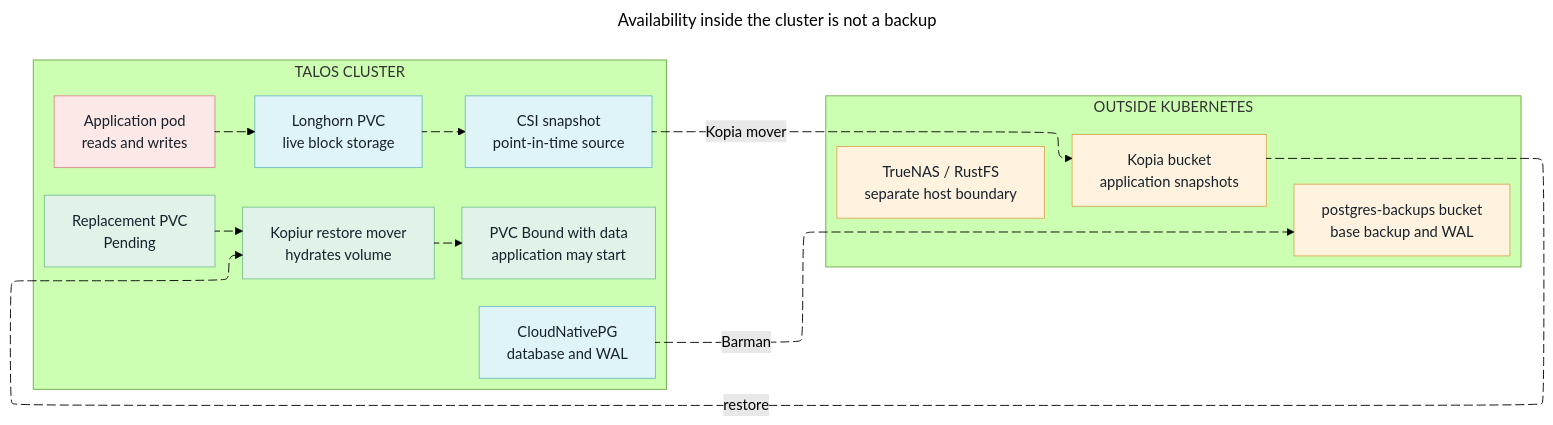
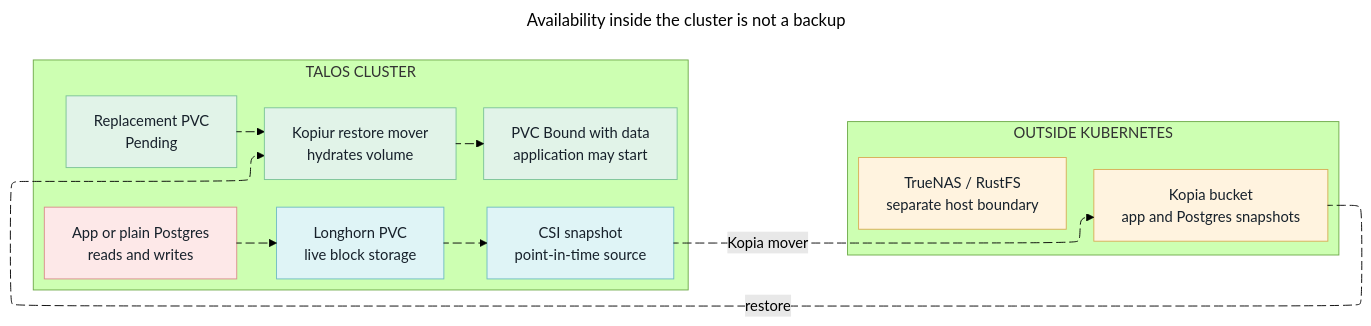
The diagram in docs/diagrams/storage-failure-domains.mmd (mitchross/talos-argocd-proxmox), drawn with Mermaid (forest theme) before and after one commit. The commit also changed 27 other files, not shown here.

Commit message:
Publish architecture inventory and correct recovery and topology docs

```diff
--- a/docs/diagrams/storage-failure-domains.mmd
+++ b/docs/diagrams/storage-failure-domains.mmd
@@ -1,63 +1,56 @@
 ---
 title: Availability inside the cluster is not a backup
 config:
   layout: elk
 ---
 flowchart LR
-  accTitle: Longhorn, Kopiur, and Barman failure domains
-  accDescr: Longhorn and CSI snapshots remain inside Kubernetes. Kopiur copies application data to RustFS and restores replacement PVCs before binding. CloudNativePG uses a separate Barman bucket.
+  accTitle: Longhorn and Kopiur failure domains
+  accDescr: Longhorn and CSI snapshots remain inside Kubernetes. Kopiur copies protected application and Postgres volumes to RustFS and restores replacement PVCs before binding. A single Longhorn replica cannot survive the loss of its host.
 
   subgraph CLUSTER["TALOS CLUSTER"]
     direction TB
-    APP["`Application pod
+    APP["`App or plain Postgres
     reads and writes`"]
     PVC["`Longhorn PVC
     live block storage`"]
     SNAP["`CSI snapshot
     point-in-time source`"]
     REPLACE["`Replacement PVC
     Pending`"]
     MOVER["`Kopiur restore mover
     hydrates volume`"]
     BOUND["`PVC Bound with data
     application may start`"]
-    CNPG["`CloudNativePG
-    database and WAL`"]
     APP app@--> PVC
     PVC snapshot@--> SNAP
     REPLACE restore1@--> MOVER
     MOVER restore2@--> BOUND
   end
 
   subgraph OFFCLUSTER["OUTSIDE KUBERNETES"]
     direction TB
     RUSTFS["`TrueNAS / RustFS
     separate host boundary`"]
     KOPIA["`Kopia bucket
-    application snapshots`"]
-    BARMAN["`postgres-backups bucket
-    base backup and WAL`"]
+    app and Postgres snapshots`"]
     RUSTFS ~~~ KOPIA
-    KOPIA ~~~ BARMAN
   end
 
   SNAP backup@-- "Kopia mover" --> KOPIA
   KOPIA hydrate@-- "restore" --> MOVER
-  CNPG database@-- "Barman" --> BARMAN
 
   classDef workload fill:#fde8e8,stroke:#dc8c8c,color:#17212b
   classDef runtime fill:#dff4f6,stroke:#70bcc4,color:#17212b
   classDef restore fill:#e1f3e8,stroke:#7bc397,color:#17212b
   classDef external fill:#fff3df,stroke:#d8ad55,color:#17212b
   class APP workload
-  class PVC,SNAP,CNPG runtime
+  class PVC,SNAP runtime
   class REPLACE,MOVER,BOUND restore
-  class RUSTFS,KOPIA,BARMAN external
+  class RUSTFS,KOPIA external
 
   app@{ animation: fast }
   snapshot@{ animation: fast }
   backup@{ animation: slow }
   hydrate@{ animation: slow }
   restore1@{ animation: fast }
   restore2@{ animation: fast }
-  database@{ animation: slow }
```
